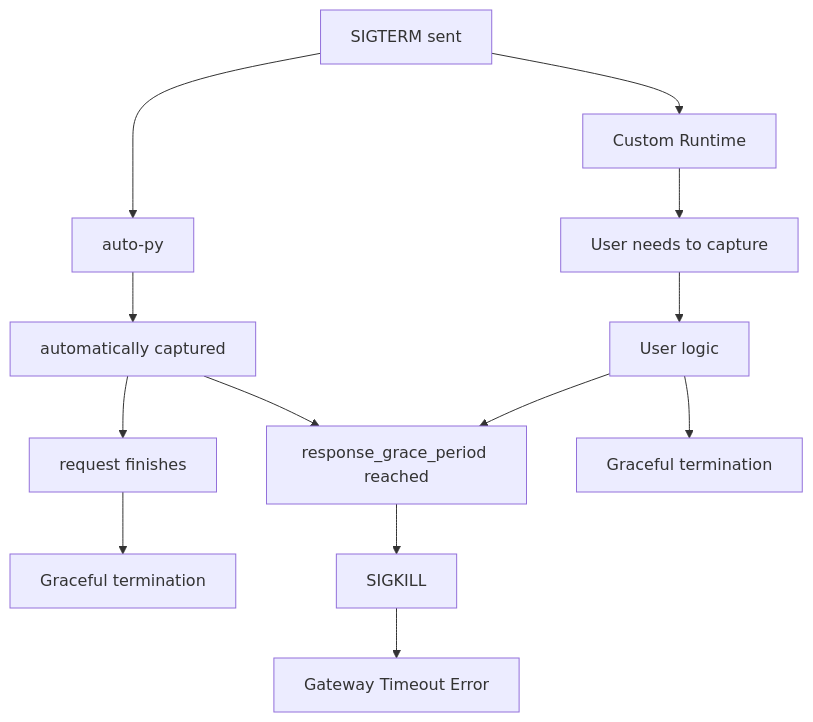
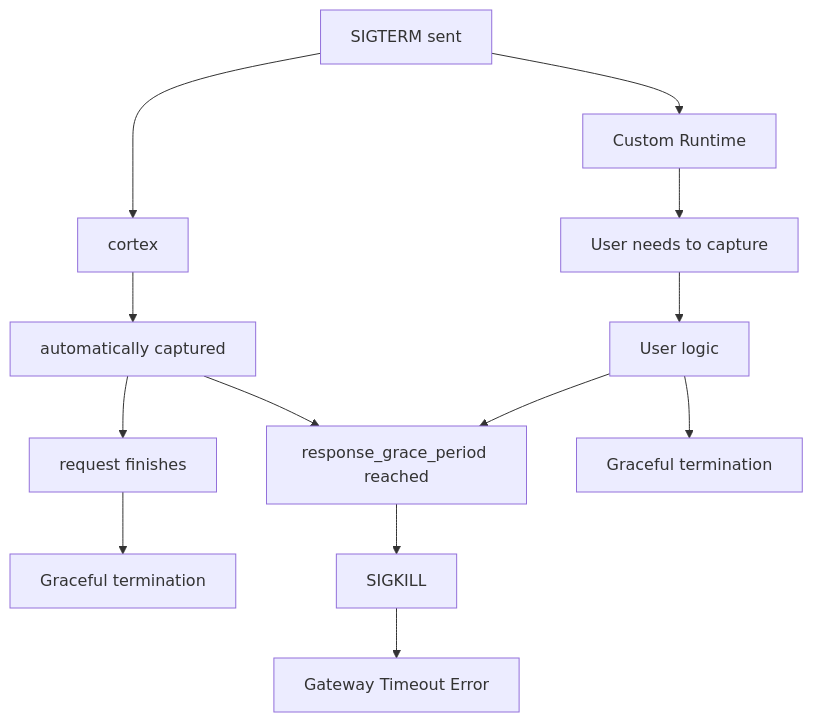
One commit to CerebriumAI/documentation changed the diagram in cerebrium/scaling/graceful-termination.mdx. Above: the diagram before and after it, drawn with Mermaid. The commit also changed other lines of this file and 10 other files, not shown here.

First line of the commit message:
docs: revert auto-py back to cortex runtime name

````diff
--- a/cerebrium/scaling/graceful-termination.mdx
+++ b/cerebrium/scaling/graceful-termination.mdx
@@ -23,21 +23,21 @@
 ```mermaid
 flowchart TD
-    A[SIGTERM sent] --> B[auto-py]
+    A[SIGTERM sent] --> B[cortex]
     A --> C[Custom Runtime]
 
     B --> D[automatically captured]
     C --> E[User needs to capture]
 
     D --> F[request finishes]
     D --> G[response_grace_period reached]
 
     E --> H[User logic]
 
     F --> I[Graceful termination]
     G --> J[SIGKILL]
 
     H --> O[Graceful termination]
     H --> G[response_grace_period reached]
 
     J --> K[Gateway Timeout Error]
 ```
````
